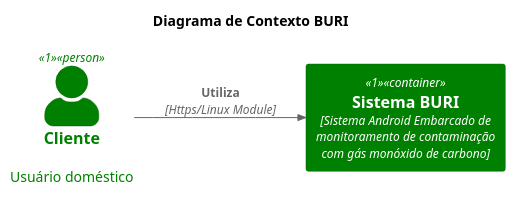
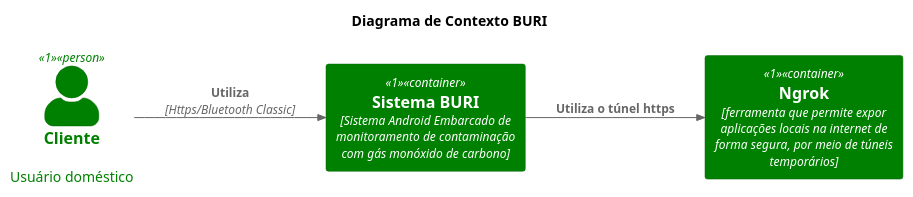
The diagram in main/source/arquitetura-buri-context-lv-1.puml (adevancomp/TCC-Android-Embarcado-BURI), drawn with PlantUML before and after one commit. The commit also changed 5 other files, not shown here.

```diff
--- a/main/source/arquitetura-buri-context-lv-1.puml
+++ b/main/source/arquitetura-buri-context-lv-1.puml
@@ -1,17 +1,22 @@
 @startuml UEA BURI
 !include https://raw.githubusercontent.com/plantuml-stdlib/C4-PlantUML/master/C4_Container.puml
 
 SHOW_PERSON_PORTRAIT()
-LAYOUT_LEFT_RIGHT()
+
 
 title Diagrama de Contexto BURI
 
 AddElementTag("1", $bgColor="Green", $borderColor="DarkGreen", $fontColor="White")
 
+LAYOUT_LEFT_RIGHT()
+
 Person(user_app, "Cliente" ,"Usuário doméstico", $tags="1")
 
 Container(buri_container,"Sistema BURI","Sistema Android Embarcado de monitoramento de contaminação com gás monóxido de carbono", $tags="1")
 
-Rel(user_app,buri_container,"Utiliza","Https/Linux Module")
+Container(ngrok, "Ngrok", "ferramenta que permite expor aplicações locais na internet de forma segura, por meio de túneis temporários", $tags="1")
+
+Rel(user_app,buri_container,"Utiliza","Https/Bluetooth Classic")
+Rel(buri_container,ngrok,"Utiliza o túnel https")
 
 @enduml
```
